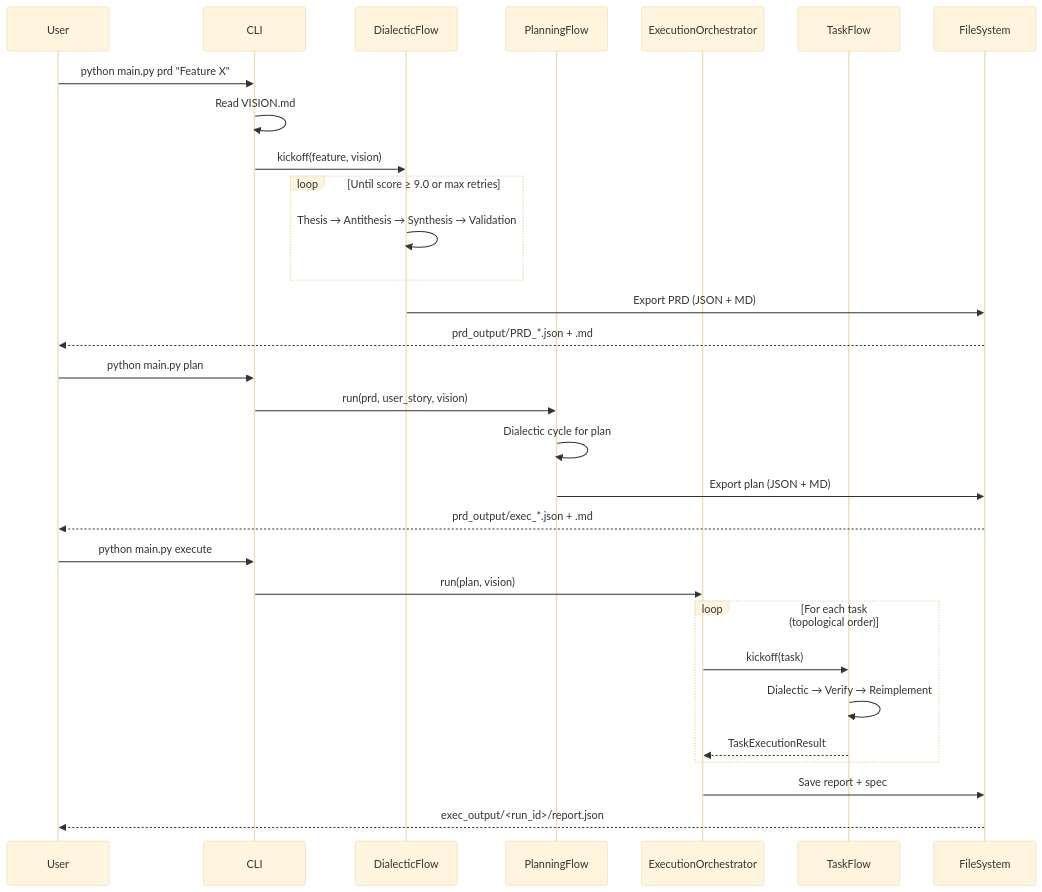
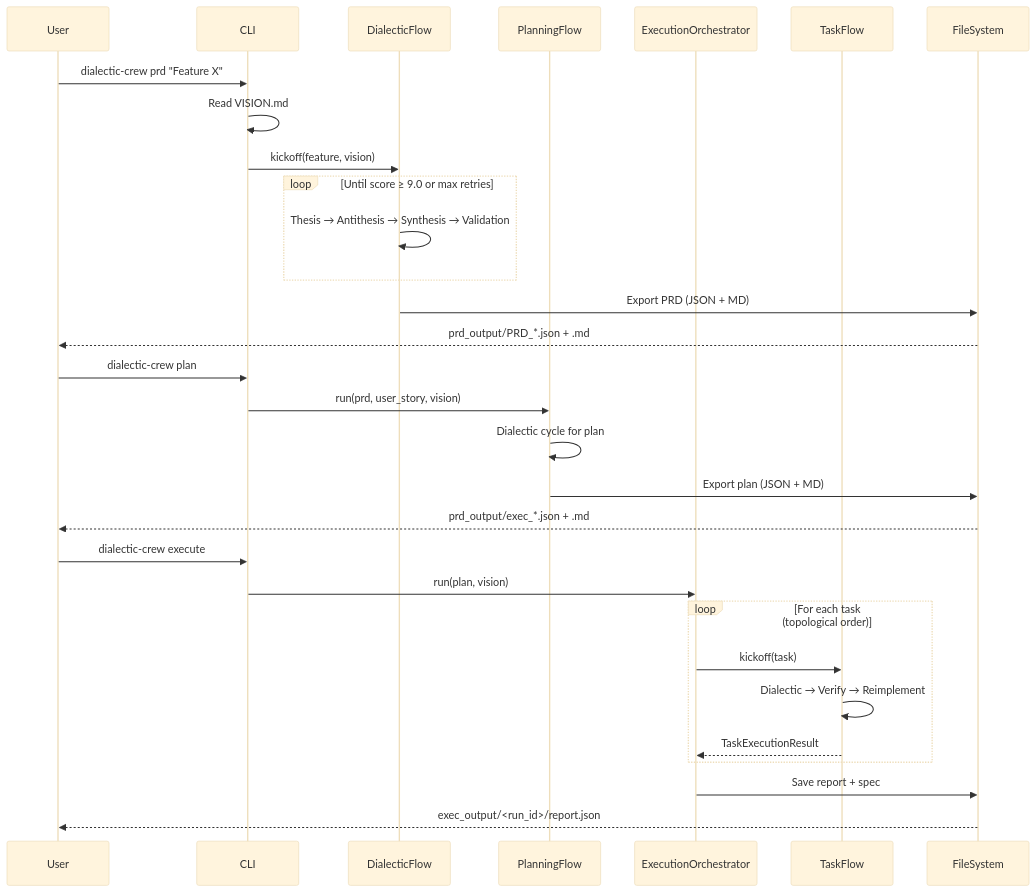
One commit to darthlinuxer/dialectic-crew-ai changed the second of 4 diagrams in docs/architecture.md. Above: the diagram before and after it, drawn with Mermaid (base theme). The commit also changed 3 other files, not shown here.

First line of the commit message:
docs: show uv run dialectic-crew as primary command alongside python main.py

````diff
--- a/docs/architecture.md
+++ b/docs/architecture.md
@@ -114,35 +114,35 @@
 ```mermaid
 sequenceDiagram
     participant User
     participant CLI
     participant DialecticFlow
     participant PlanningFlow
     participant ExecutionOrchestrator
     participant TaskFlow
     participant FileSystem
 
-    User->>CLI: python main.py prd "Feature X"
+    User->>CLI: dialectic-crew prd "Feature X"
     CLI->>CLI: Read VISION.md
     CLI->>DialecticFlow: kickoff(feature, vision)
     loop Until score ≥ 9.0 or max retries
         DialecticFlow->>DialecticFlow: Thesis → Antithesis → Synthesis → Validation
     end
     DialecticFlow->>FileSystem: Export PRD (JSON + MD)
     FileSystem-->>User: prd_output/PRD_*.json + .md
 
-    User->>CLI: python main.py plan
+    User->>CLI: dialectic-crew plan
     CLI->>PlanningFlow: run(prd, user_story, vision)
     PlanningFlow->>PlanningFlow: Dialectic cycle for plan
     PlanningFlow->>FileSystem: Export plan (JSON + MD)
     FileSystem-->>User: prd_output/exec_*.json + .md
 
-    User->>CLI: python main.py execute
+    User->>CLI: dialectic-crew execute
     CLI->>ExecutionOrchestrator: run(plan, vision)
     loop For each task (topological order)
         ExecutionOrchestrator->>TaskFlow: kickoff(task)
         TaskFlow->>TaskFlow: Dialectic → Verify → Reimplement
         TaskFlow-->>ExecutionOrchestrator: TaskExecutionResult
     end
     ExecutionOrchestrator->>FileSystem: Save report + spec
     FileSystem-->>User: exec_output/<run_id>/report.json
 ```
````
